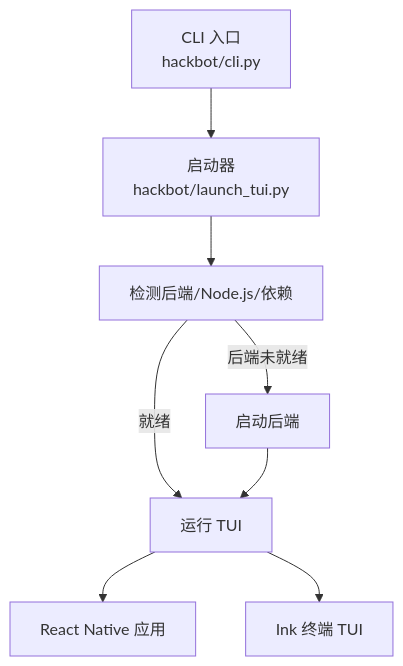
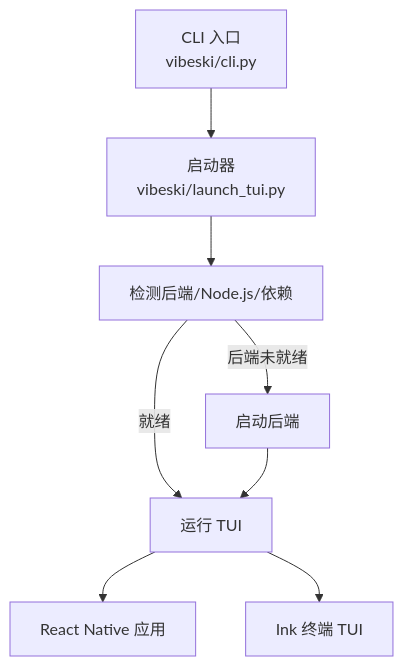
One commit to crabin/VIBESKI changed the seventh of 8 diagrams in .qoder/repowiki/zh/content/架构设计/整体架构概览.md. Above: the diagram before and after it, drawn with Mermaid. The commit also changed other lines of this file and 170 other files, not shown here.

Commit message:
chore: rename all secbot/hackbot identifiers to vibeski

````diff
--- a/.qoder/repowiki/zh/content/架构设计/整体架构概览.md
+++ b/.qoder/repowiki/zh/content/架构设计/整体架构概览.md
@@ -361,10 +361,10 @@
 ```mermaid
 flowchart TD
-CLI["CLI 入口<br/>hackbot/cli.py"] --> Launch["启动器<br/>hackbot/launch_tui.py"]
+CLI["CLI 入口<br/>vibeski/cli.py"] --> Launch["启动器<br/>vibeski/launch_tui.py"]
 Launch --> Check["检测后端/Node.js/依赖"]
 Check --> |就绪| RunTUI["运行 TUI"]
 Check --> |后端未就绪| StartBE["启动后端"]
 StartBE --> RunTUI
 RunTUI --> RN["React Native 应用"]
 RunTUI --> Ink["Ink 终端 TUI"]
 ```
````
